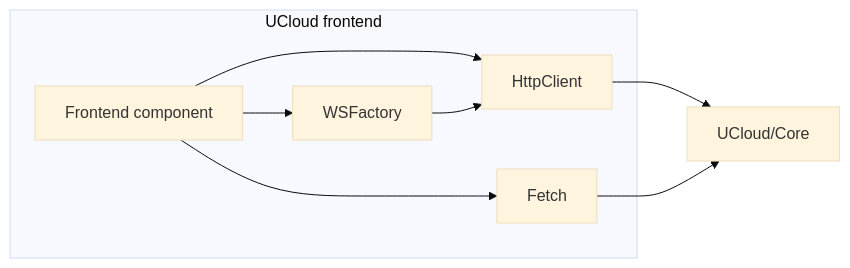
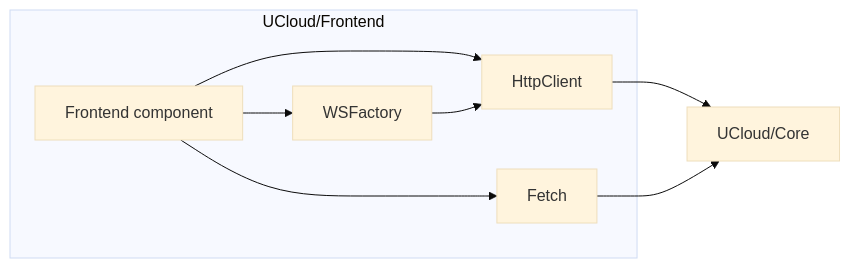
One commit to SDU-eScience/UCloud changed the diagram in provider-integration/im2/docs/src/dev/frontend/network-calls.md. Above: the diagram before and after it, drawn with Mermaid (base theme).

````diff
--- a/provider-integration/im2/docs/src/dev/frontend/network-calls.md
+++ b/provider-integration/im2/docs/src/dev/frontend/network-calls.md
@@ -11,15 +11,15 @@
 ```mermaid
 flowchart LR
-    subgraph frontend["UCloud frontend"]
+    subgraph frontend["UCloud/Frontend"]
         A["Frontend component"]:::diagram-external-ucloud
         A --> C["HttpClient"]:::diagram-external-ucloud
         A --> B["WSFactory"]:::diagram-external-ucloud
         A --> D["Fetch"]:::diagram-external-ucloud
     end
     E["UCloud/Core"]:::diagram-external-ucloud
     C --> E
     D --> E
     B --> C
     
     class frontend diagram-external-window
 ```
````
